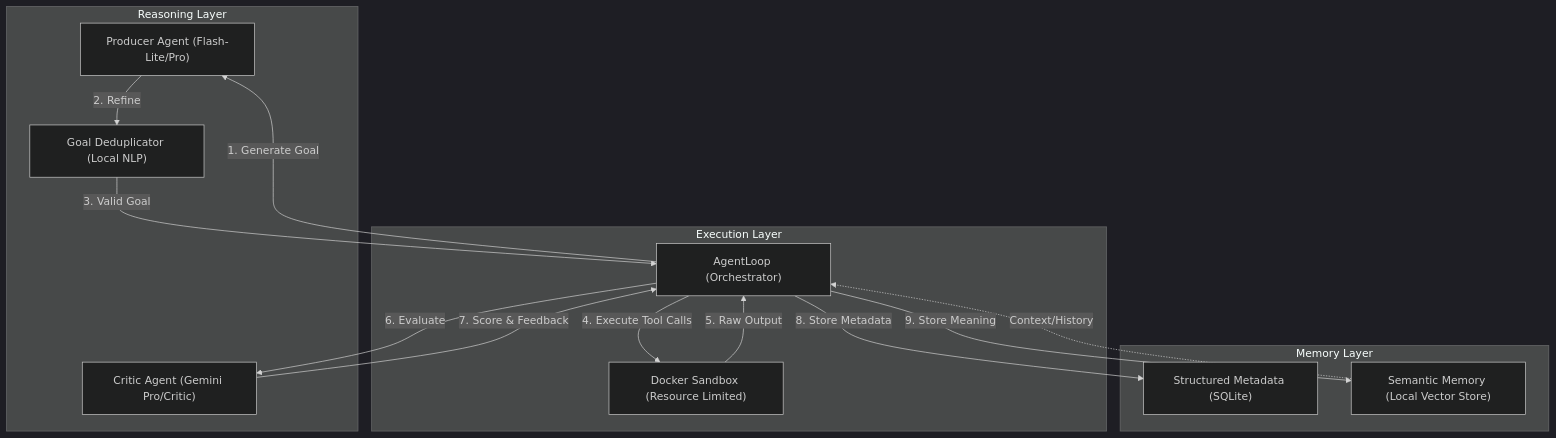
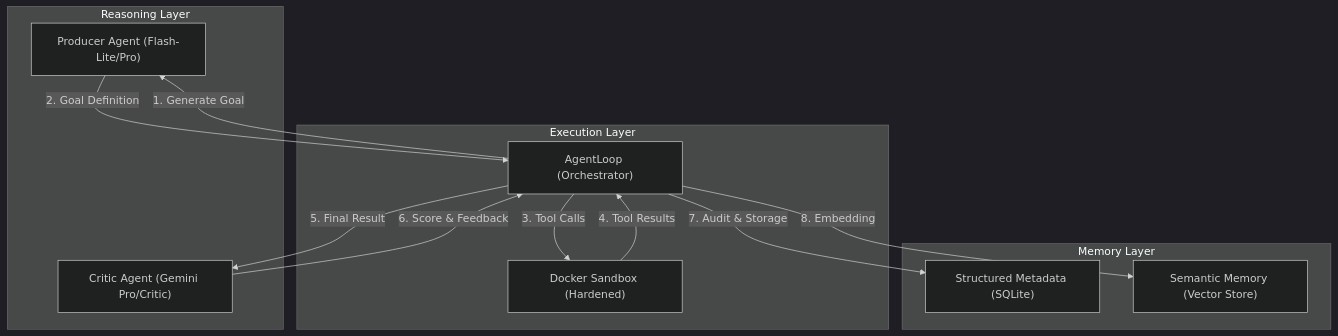
The diagram in Project_overview.md (lucyomgggg/telos), drawn with Mermaid (dark theme) before and after one commit. The commit also changed other lines of this file and 5 other files, not shown here.

````diff
--- a/Project_overview.md
+++ b/Project_overview.md
@@ -26,29 +40,26 @@
 ```mermaid
 graph TD
     subgraph "Reasoning Layer"
         Producer["Producer Agent (Flash-Lite/Pro)"]
         Critic["Critic Agent (Gemini Pro/Critic)"]
-        Deduplicator["Goal Deduplicator (Local NLP)"]
     end
 
     subgraph "Execution Layer"
         Loop["AgentLoop (Orchestrator)"]
-        Sandbox["Docker Sandbox (Resource Limited)"]
+        Sandbox["Docker Sandbox (Hardened)"]
     end
 
     subgraph "Memory Layer"
         SQLite["Structured Metadata (SQLite)"]
-        Qdrant["Semantic Memory (Local Vector Store)"]
+        Qdrant["Semantic Memory (Vector Store)"]
     end
 
     Loop -->|1. Generate Goal| Producer
-    Producer -->|2. Refine| Deduplicator
-    Deduplicator -->|3. Valid Goal| Loop
-    Loop -->|4. Execute Tool Calls| Sandbox
-    Sandbox -->|5. Raw Output| Loop
-    Loop -->|6. Evaluate| Critic
-    Critic -->|7. Score & Feedback| Loop
-    Loop -->|8. Store Metadata| SQLite
-    Loop -->|9. Store Meaning| Qdrant
-    Qdrant -.->|Context/History| Loop
+    Producer -->|2. Goal Definition| Loop
+    Loop -->|3. Tool Calls| Sandbox
+    Sandbox -->|4. Tool Results| Loop
+    Loop -->|5. Final Result| Critic
+    Critic -->|6. Score & Feedback| Loop
+    Loop -->|7. Audit & Storage| SQLite
+    Loop -->|8. Embedding| Qdrant
 ```
````
